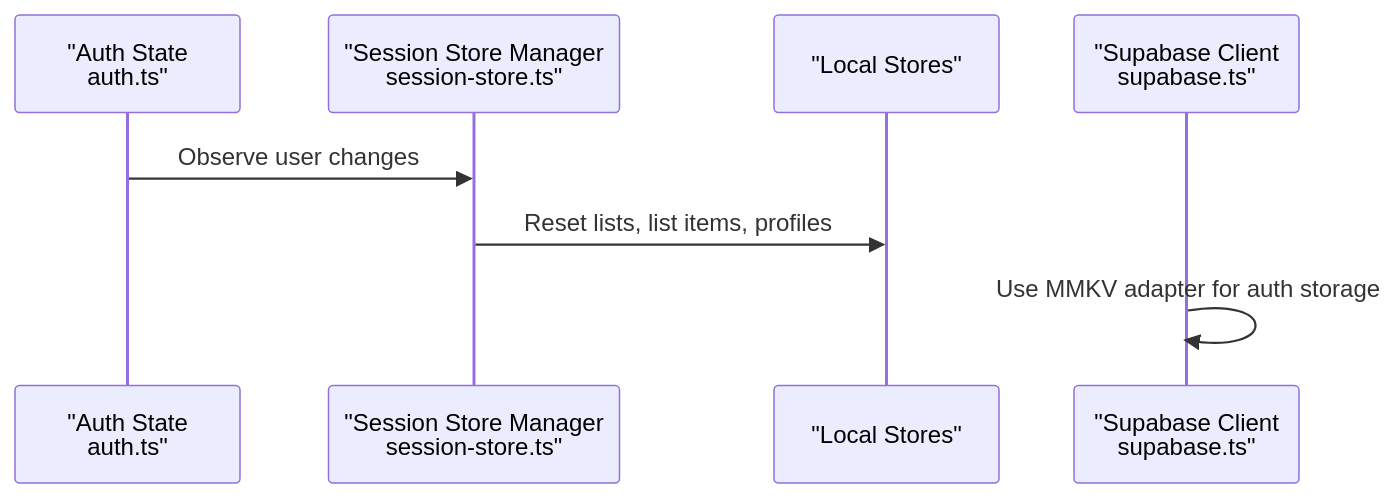
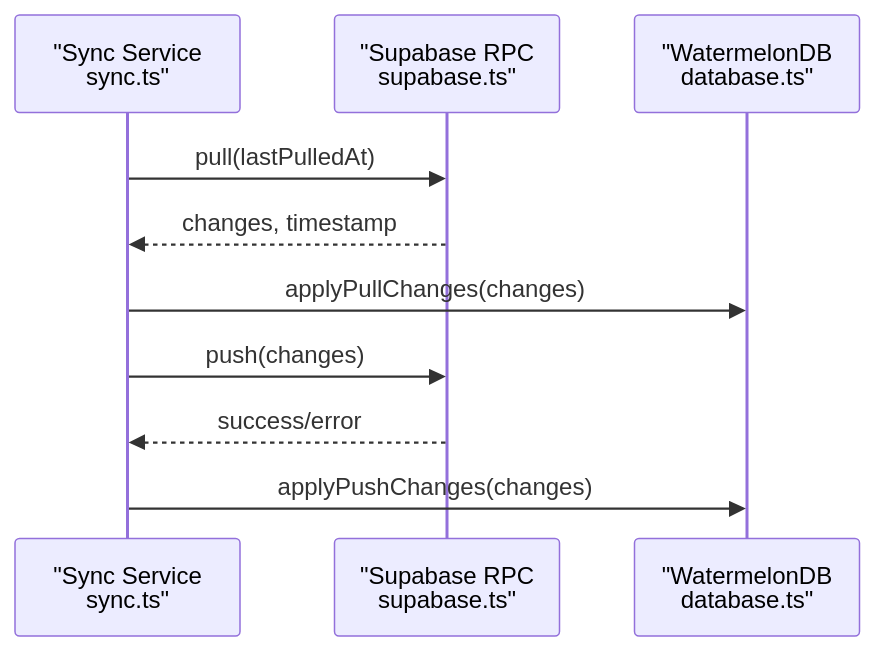
The fifth of 11 diagrams in .qoder/repowiki/en/content/State Management Architecture/Local Persistence with MMKV.md (karllasouzza/PowerLists), drawn with Mermaid before and after one commit. The commit also changed other lines of this file and 5 other files, not shown here.

````diff
--- a/.qoder/repowiki/en/content/State Management Architecture/Local Persistence with MMKV.md
+++ b/.qoder/repowiki/en/content/State Management Architecture/Local Persistence with MMKV.md
@@ -239,10 +213,12 @@
 ```mermaid
 sequenceDiagram
-participant Auth as "Auth State<br/>auth.ts"
-participant SessionMgr as "Session Store Manager<br/>session-store.ts"
-participant Stores as "Local Stores"
-participant Supabase as "Supabase Client<br/>supabase.ts"
-Auth->>SessionMgr : Observe user changes
-SessionMgr->>Stores : Reset lists, list items, profiles
-Supabase->>Supabase : Use MMKV adapter for auth storage
+participant Sync as "Sync Service<br/>sync.ts"
+participant Supabase as "Supabase RPC<br/>supabase.ts"
+participant Database as "WatermelonDB<br/>database.ts"
+Sync->>Supabase : pull(lastPulledAt)
+Supabase-->>Sync : changes, timestamp
+Sync->>Database : applyPullChanges(changes)
+Sync->>Supabase : push(changes)
+Supabase-->>Sync : success/error
+Sync->>Database : applyPushChanges(changes)
 ```
````
